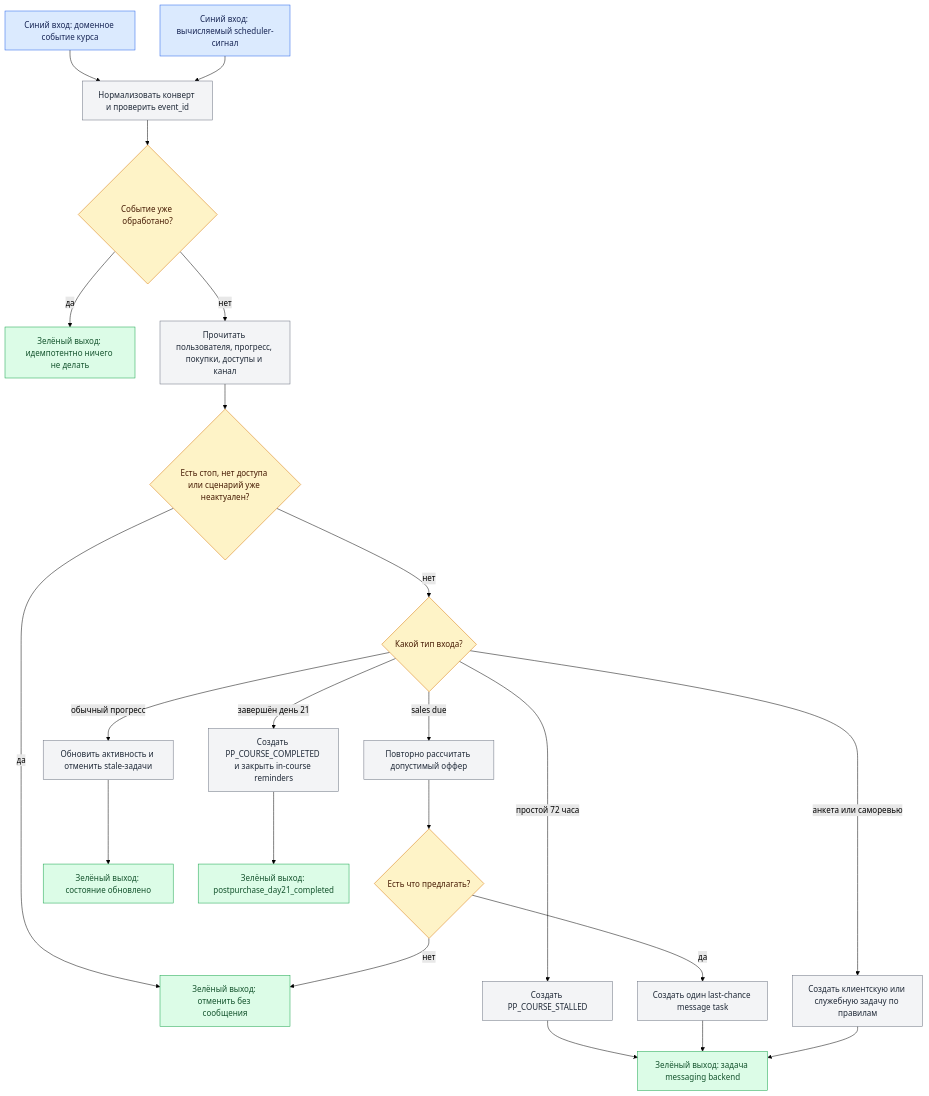
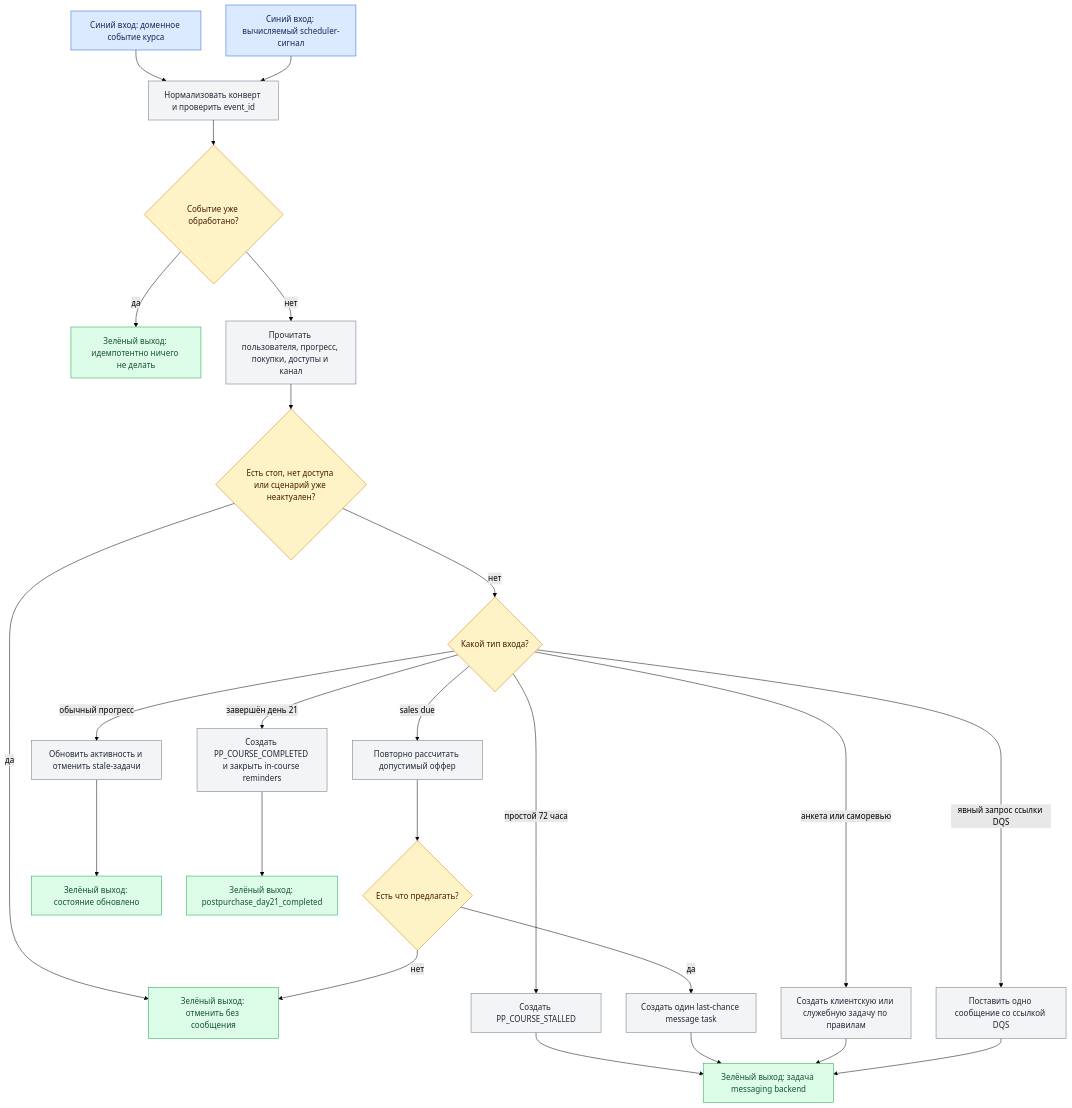
Before and after one commit to armagedongt/edabalans.ru: the third of 3 diagrams in docs/knowledge-base/modules/telegram/POST_PURCHASE_MASTERCLASS.md, drawn with Mermaid (forest theme). The commit also changed other lines of this file and 12 other files, not shown here.

````diff
--- a/docs/knowledge-base/modules/telegram/POST_PURCHASE_MASTERCLASS.md
+++ b/docs/knowledge-base/modules/telegram/POST_PURCHASE_MASTERCLASS.md
@@ -431,33 +433,35 @@
 ```mermaid
 flowchart TD
   A[Синий вход: доменное событие курса] --> C[Нормализовать конверт и проверить event_id]
   B[Синий вход: вычисляемый scheduler-сигнал] --> C
   C --> D{Событие уже обработано?}
   D -- да --> X[Зелёный выход: идемпотентно ничего не делать]
   D -- нет --> E[Прочитать пользователя, прогресс, покупки, доступы и канал]
   E --> F{Есть стоп, нет доступа или сценарий уже неактуален?}
   F -- да --> Y[Зелёный выход: отменить без сообщения]
   F -- нет --> G{Какой тип входа?}
   G -- обычный прогресс --> H[Обновить активность и отменить stale-задачи]
   G -- простой 72 часа --> I[Создать PP_COURSE_STALLED]
   G -- sales due --> J[Повторно рассчитать допустимый оффер]
   J --> K{Есть что предлагать?}
   K -- нет --> Y
   K -- да --> L[Создать один last-chance message task]
   G -- анкета или саморевью --> M[Создать клиентскую или служебную задачу по правилам]
+  G -- явный запрос ссылки DQS --> R[Поставить одно сообщение со ссылкой DQS]
   G -- завершён день 21 --> N[Создать PP_COURSE_COMPLETED и закрыть in-course reminders]
   H --> O[Зелёный выход: состояние обновлено]
   I --> P[Зелёный выход: задача messaging backend]
   L --> P
   M --> P
+  R --> P
   N --> Q[Зелёный выход: postpurchase_day21_completed]
 
   classDef input fill:#dbeafe,stroke:#2563eb,color:#172554;
   classDef condition fill:#fef3c7,stroke:#d97706,color:#451a03;
   classDef output fill:#dcfce7,stroke:#16a34a,color:#14532d;
   classDef tech fill:#f3f4f6,stroke:#6b7280,color:#1f2937;
   class A,B input;
   class D,F,G,K condition;
   class X,Y,O,P,Q output;
-  class C,E,H,I,J,L,M,N tech;
+  class C,E,H,I,J,L,M,N,R tech;
 ```
````
